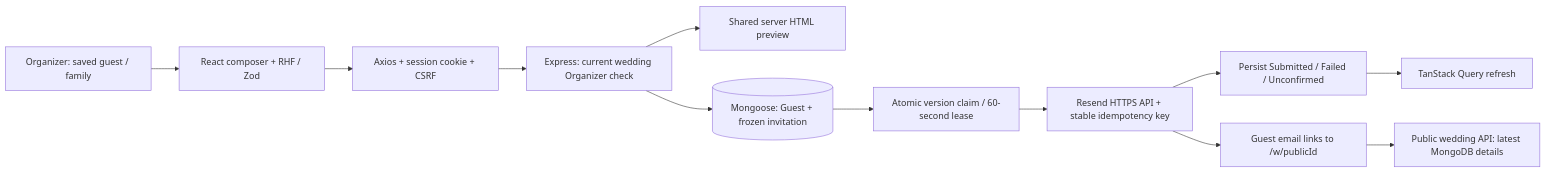
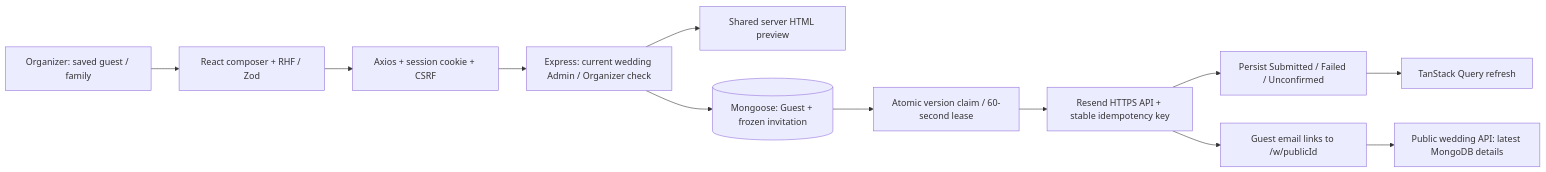
Before and after one commit to Rudra-7910/MARRIAGE_ORGANIZATION: the first of 8 diagrams in docs/Make-My-Marriage-System-Design2.md, drawn with Mermaid. The commit also changed other lines of this file and 52 other files, not shown here.

````diff
--- a/docs/Make-My-Marriage-System-Design2.md
+++ b/docs/Make-My-Marriage-System-Design2.md
@@ -11,14 +13,14 @@
 ```mermaid
 flowchart LR
   G[Organizer: saved guest / family] --> C[React composer + RHF / Zod]
   C --> P[Axios + session cookie + CSRF]
-  P --> A[Express: current wedding Organizer check]
+  P --> A[Express: current wedding Admin / Organizer check]
   A --> V[Shared server HTML preview]
   A --> M[(Mongoose: Guest + frozen invitation)]
   M --> S[Atomic version claim / 60-second lease]
   S --> R[Resend HTTPS API + stable idempotency key]
   R --> O[Persist Submitted / Failed / Unconfirmed]
   O --> Q[TanStack Query refresh]
   R --> E[Guest email links to /w/publicId]
   E --> W[Public wedding API: latest MongoDB details]
 ```
````
